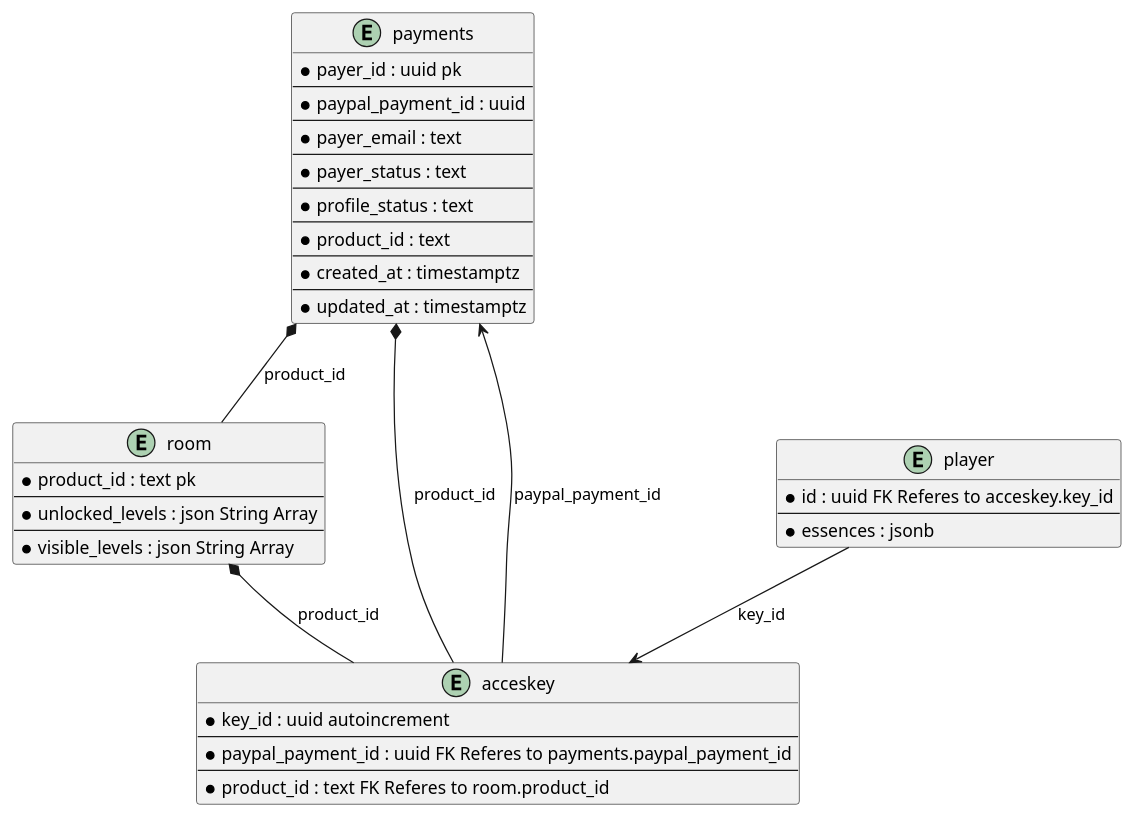
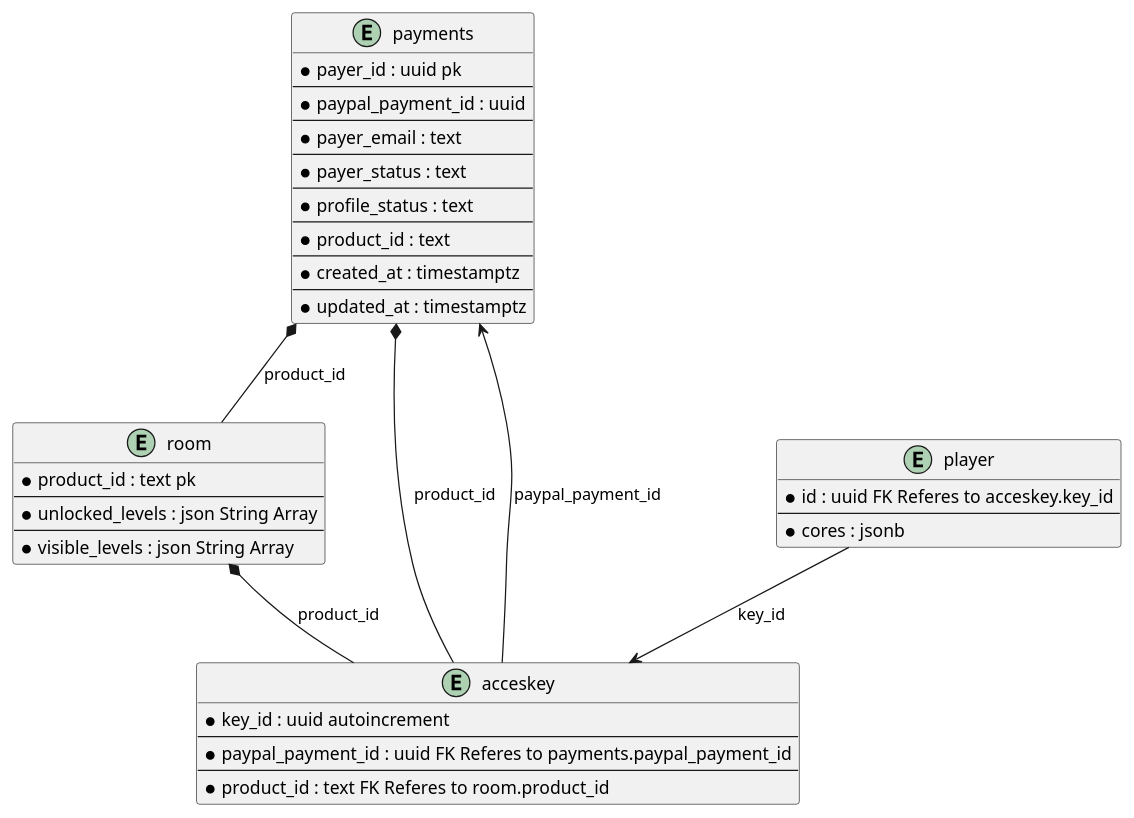
One commit to Thor-the-Dwarf/thors_cores changed the diagram in kontrols_new_supaBase/pp.puml. Above: the diagram before and after it, drawn with PlantUML. The commit also changed 25 other files, not shown here.

```diff
--- a/kontrols_new_supaBase/pp.puml
+++ b/kontrols_new_supaBase/pp.puml
@@ -1,81 +1,111 @@
 @startuml
 entity "payments" {
   * payer_id : uuid pk
   --
   * paypal_payment_id : uuid
   --
   * payer_email : text
   --
   * payer_status : text
   --
   * profile_status : text
   --
   * product_id : text
   --
   * created_at : timestamptz
   --
   * updated_at : timestamptz
 }
 
 entity "room" {
   * product_id : text pk
   --
   * unlocked_levels : json String Array
   --
   * visible_levels : json String Array
 }
 
 entity "acceskey" {
   * key_id : uuid autoincrement
   --
   * paypal_payment_id : uuid FK Referes to payments.paypal_payment_id
   --
   * product_id : text FK Referes to room.product_id
 }
 
 entity "player" {
   * id : uuid FK Referes to acceskey.key_id
   --
-  * essences : jsonb
+  * cores : jsonb
   /'
+  [
+  {
+    "richtige_essenzen": [
+      {
+        "essence_fk": "f47ac10b-58cc-4372-a567-0e02b2c3d479",
+        "richtige_fragen": [
+          "a1b2c3d4-e5f6-47g8-h9i0-j1k2l3m4n5o6",
+          "123e4567-e89b-12d3-a456-426614174000"
+        ],
+        "falsche_fragen": [
+          "550e8400-e29b-41d4-a716-446655440000",
+          "6ba7b810-9dad-11d1-80b4-00c04fd430c8"
+        ]
+      }
+    ],
+    "falsche_essenzen": [
+      {
+        "essence_fk": "f47ac10b-58cc-4372-a567-0e02b2c3d479",
+        "richtige_fragen": [
+          "a1b2c3d4-e5f6-47g8-h9i0-j1k2l3m4n5o6",
+          "123e4567-e89b-12d3-a456-426614174000"
+        ],
+        "falsche_fragen": [
+          "550e8400-e29b-41d4-a716-446655440000",
+          "6ba7b810-9dad-11d1-80b4-00c04fd430c8"
+        ]
+      }
+    ]
+  },
   {
     "richtige_essenzen": [
       {
         "essence_fk": "f47ac10b-58cc-4372-a567-0e02b2c3d479",
         "richtige_fragen": [
           "a1b2c3d4-e5f6-47g8-h9i0-j1k2l3m4n5o6",
           "123e4567-e89b-12d3-a456-426614174000"
         ],
         "falsche_fragen": [
           "550e8400-e29b-41d4-a716-446655440000",
           "6ba7b810-9dad-11d1-80b4-00c04fd430c8"
         ]
       }
     ],
     "falsche_essenzen": [
       {
         "essence_fk": "f47ac10b-58cc-4372-a567-0e02b2c3d479",
         "richtige_fragen": [
           "a1b2c3d4-e5f6-47g8-h9i0-j1k2l3m4n5o6",
           "123e4567-e89b-12d3-a456-426614174000"
         ],
         "falsche_fragen": [
           "550e8400-e29b-41d4-a716-446655440000",
           "6ba7b810-9dad-11d1-80b4-00c04fd430c8"
         ]
       }
     ]
   }
+  ]
   '/
 }
 
 ' Fremdschlüssel-Beziehungen mit unterschiedlichen Pfeilen
 acceskey -down-> payments : paypal_payment_id
 player -down-> acceskey : key_id
 
 ' product_id-Vorgang mit einheitlicher Verbindung
 payments *-- room : product_id
 payments *-- acceskey : product_id
 room *-- acceskey : product_id
 
 @enduml
```
